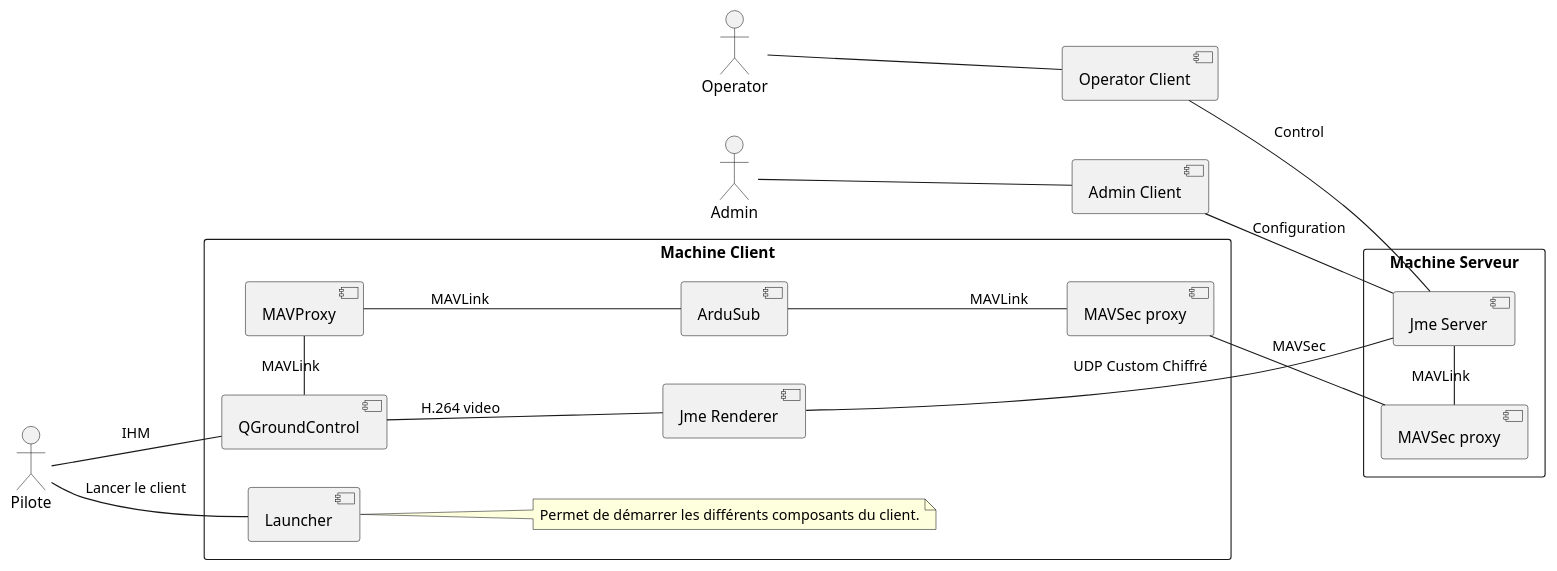
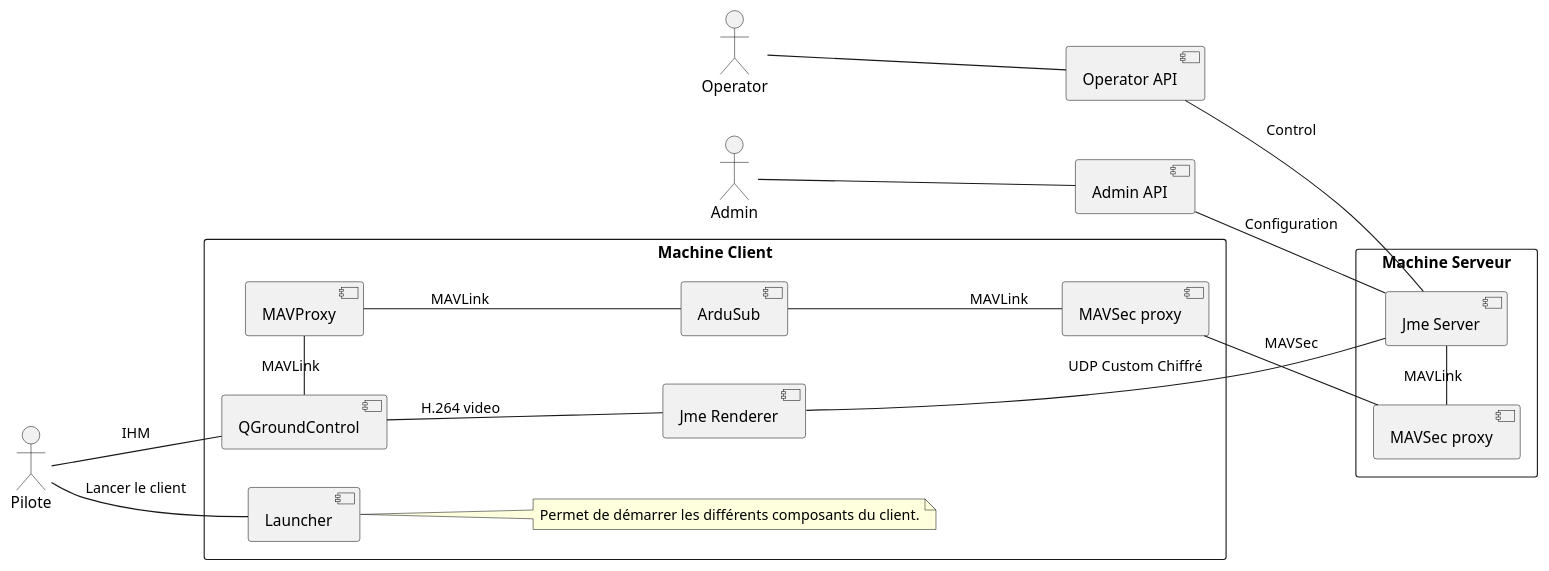
One commit to tombartos/SAE-DRONE changed the diagram in doc/ardupilot_client_components.puml. Above: the diagram before and after it, drawn with PlantUML. The commit also changed 1 other file, not shown here.

Commit message:
renamed client as api in components diagrams

```diff
--- a/doc/ardupilot_client_components.puml
+++ b/doc/ardupilot_client_components.puml
@@ -1,44 +1,44 @@
 @startuml
 
 left to right direction
 
 actor Pilote
 actor Operator
 actor Admin
 
 rectangle "Machine Client" {
     component Launcher
     component QGroundControl
     component MAVProxy
     component ArduSub
     component "Jme Renderer" as JmeRenderer
     component "MAVSec proxy" as SecProxy1
 
     Pilote -- QGroundControl : IHM
     Pilote -- Launcher : Lancer le client
     note right of Launcher
         Permet de démarrer les différents composants du client.
     end note
     QGroundControl -left- MAVProxy : MAVLink
     MAVProxy -- ArduSub : MAVLink
     ArduSub -- SecProxy1 : MAVLink
     QGroundControl -down- JmeRenderer : H.264 video
 }
 
-component "Operator Client" as OperatorClient
-component "Admin Client" as AdminClient
+component "Operator API" as OperatorClient
+component "Admin API" as AdminClient
 
 rectangle "Machine Serveur" {
     component "Jme Server" as JmeServer
     component "MAVSec proxy" as SecProxy2
 
     JmeRenderer -- JmeServer : UDP Custom Chiffré
     OperatorClient -- JmeServer : Control
     AdminClient -- JmeServer : Configuration
     SecProxy1 -- SecProxy2 : MAVSec
     SecProxy2 -left- JmeServer : MAVLink
 }
 Operator -- OperatorClient
 Admin -- AdminClient
 
 @enduml
```
